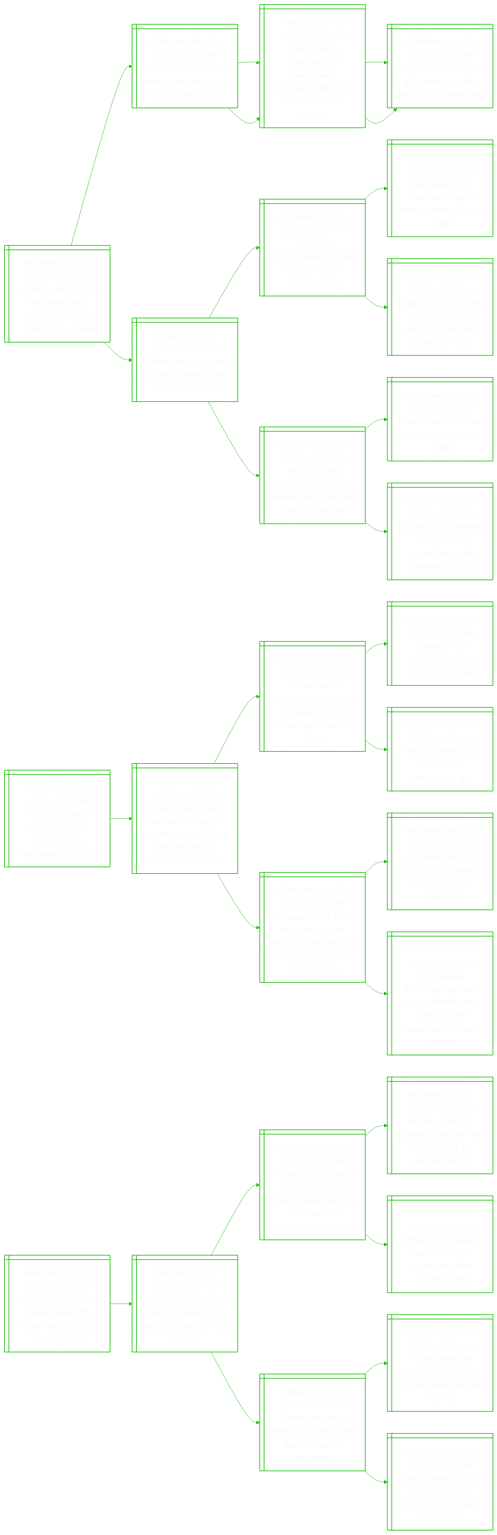
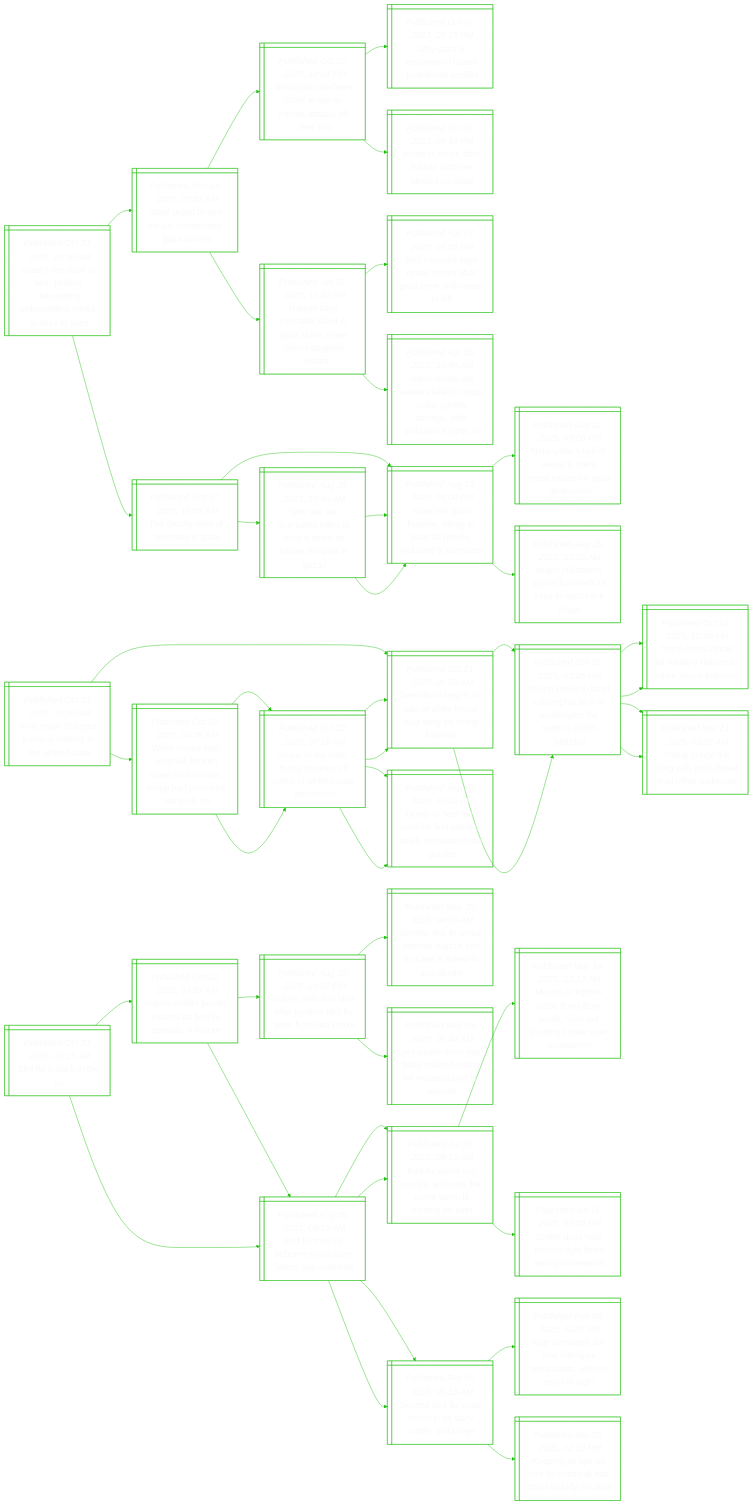
One commit to notJmes/notJmes changed the diagram in README.md. Above: the diagram before and after it, drawn with Mermaid. The commit also changed other lines of this file, not shown here.

````diff
--- a/README.md
+++ b/README.md
@@ -16,94 +16,142 @@
 flowchart LR
 classDef txtsize font-size:20px;
 
-Lnnaeeroiisa@{ shape: win-pane, label: "_Published Oct 23, 2025, 07:40 AM_
-London woman who was fined after pouring coffee in drain gets a break" }
-Unfeoetrna@{ shape: win-pane, label: "_Published Mar 02, 2025, 04:53 PM_
-Uk pie ‘n’ mash fans seek protected status for cockney classic" }
-PstlnragoCries@{ shape: win-pane, label: "_Published Apr 09, 2023, 05:00 AM_
-‘parmesan’ is translation of ‘parmigiano reggiano’, high court rules in cheese dispute" }
-FoaapcaUrtd@{ shape: win-pane, label: "_Published Jan 21, 2023, 03:56 PM_
-Fight over parmesan and prosecco stalls eu-australia trade deal" }
-PstlnragoCries@{ shape: win-pane, label: "_Published Apr 09, 2023, 05:00 AM_
-‘parmesan’ is translation of ‘parmigiano reggiano’, high court rules in cheese dispute" }
-FoaapcaUrtd@{ shape: win-pane, label: "_Published Jan 21, 2023, 03:56 PM_
-Fight over parmesan and prosecco stalls eu-australia trade deal" }
-Cehakuoeso@{ shape: win-pane, label: "_Published Jul 27, 2023, 03:22 PM_
-Coffee and chocolate makers question eu deforestation law" }
-Eluegtbioa@{ shape: win-pane, label: "_Published Dec 06, 2022, 10:00 PM_
-Eu seals ‘groundbreaking’ deal to curb role in deforestation" }
-DeiBlmraor@{ shape: win-pane, label: "_Published Dec 01, 2022, 04:04 AM_
-Deforestation of brazilian amazon retreats from 15-year high" }
-BlatSroaarrtu@{ shape: win-pane, label: "_Published Nov 30, 2022, 03:47 AM_
-Brazil's lula courts uk, us, others to join amazon rainforest protection fund" }
-BotpsEoalakca@{ shape: win-pane, label: "_Published Jun 30, 2023, 05:00 PM_
-Big chocolate companies back eu deforestation law that risks pricier bars" }
-Hwtprtnce@{ shape: win-pane, label: "_Published May 17, 2023, 04:00 PM_
-How eu wants to stop deforestation in your coffee" }
-Iecsraiimdeiw@{ shape: win-pane, label: "_Published Jun 09, 2023, 03:17 PM_
-Indonesia accuses eu of ‘regulatory imperialism’ with deforestation law" }
+Ilctrteiddecta@{ shape: win-pane, label: "_Published Oct 23, 2025, 10:50 AM_
+Israel’s top court to hear petition demanding independent media access to gaza" }
+Ildviecac@{ shape: win-pane, label: "_Published May 04, 2025, 07:22 AM_
+Israel urged to give media ‘unrestricted’ gaza access" }
+NyeeawHakl@{ shape: win-pane, label: "_Published Oct 07, 2023, 12:04 PM_
+Netanyahu declares israel at war as hamas attacks kill over 100" }
+WzptIleint@{ shape: win-pane, label: "_Published Oct 07, 2023, 05:15 PM_
+Why gaza is epicentre of israeli-palestinian conflict" }
+Wiceapaks@{ shape: win-pane, label: "_Published Oct 07, 2023, 06:44 PM_
+World in shock after hamas surprise attacks on israel" }
+Hsoliiakaaaei@{ shape: win-pane, label: "_Published Apr 07, 2025, 11:20 PM_
+Hamas says journalist killed in gaza strike, israel claims targeted militant" }
+RetIlooawntl@{ shape: win-pane, label: "_Published Apr 07, 2025, 09:25 PM_
+Red crescent says israeli troops shot gaza crew ‘with intent to kill’" }
+Vsarkdzefaeaaio@{ shape: win-pane, label: "_Published Apr 05, 2025, 10:48 AM_
+Video shows aid workers killed in gaza under gunfire barrage, with ambulance lights on" }
+Taifria@{ shape: win-pane, label: "_Published Aug 27, 2025, 10:05 AM_
+The deadly risks of reporting in gaza" }
+IlGoalttllgnt@{ shape: win-pane, label: "_Published Aug 25, 2025, 05:00 PM_
+Israel hits gaza hospital, killing at least 20 people, including 5 journalists" }
+NytferqdGec@{ shape: win-pane, label: "_Published Aug 22, 2025, 05:00 PM_
+Netanyahu’s talk of peace is mere masquerade for gaza destruction" }
+IllronseWal@{ shape: win-pane, label: "_Published Aug 25, 2025, 12:35 AM_
+Israeli bulldozers uproot hundreds of trees in west bank village" }
+Weolkdrsesoaa@{ shape: win-pane, label: "_Published Aug 26, 2025, 10:45 AM_
+Who are the journalists killed in israel’s strike on nasser hospital in gaza?" }
+IlGoalttllgnt@{ shape: win-pane, label: "_Published Aug 25, 2025, 05:00 PM_
+Israel hits gaza hospital, killing at least 20 people, including 5 journalists" }
+IlGoalttllgnt@{ shape: win-pane, label: "_Published Aug 25, 2025, 05:00 PM_
+Israel hits gaza hospital, killing at least 20 people, including 5 journalists" }
 
-Lnnaeeroiisa:::txtsize --> Unfeoetrna:::txtsize
-Unfeoetrna:::txtsize --> PstlnragoCries:::txtsize
-PstlnragoCries:::txtsize --> FoaapcaUrtd:::txtsize
-Unfeoetrna:::txtsize --> PstlnragoCries:::txtsize
-PstlnragoCries:::txtsize --> FoaapcaUrtd:::txtsize
-Lnnaeeroiisa:::txtsize --> Cehakuoeso:::txtsize
-Cehakuoeso:::txtsize --> Eluegtbioa:::txtsize
-Eluegtbioa:::txtsize --> DeiBlmraor:::txtsize
-Eluegtbioa:::txtsize --> BlatSroaarrtu:::txtsize
-Cehakuoeso:::txtsize --> BotpsEoalakca:::txtsize
-BotpsEoalakca:::txtsize --> Hwtprtnce:::txtsize
-BotpsEoalakca:::txtsize --> Iecsraiimdeiw:::txtsize
+Ilctrteiddecta:::txtsize --> Ildviecac:::txtsize
+Ildviecac:::txtsize --> NyeeawHakl:::txtsize
+NyeeawHakl:::txtsize --> WzptIleint:::txtsize
+NyeeawHakl:::txtsize --> Wiceapaks:::txtsize
+Ildviecac:::txtsize --> Hsoliiakaaaei:::txtsize
+Hsoliiakaaaei:::txtsize --> RetIlooawntl:::txtsize
+Hsoliiakaaaei:::txtsize --> Vsarkdzefaeaaio:::txtsize
+Ilctrteiddecta:::txtsize --> Taifria:::txtsize
+Taifria:::txtsize --> IlGoalttllgnt:::txtsize
+IlGoalttllgnt:::txtsize --> NytferqdGec:::txtsize
+IlGoalttllgnt:::txtsize --> IllronseWal:::txtsize
+Taifria:::txtsize --> Weolkdrsesoaa:::txtsize
+Weolkdrsesoaa:::txtsize --> IlGoalttllgnt:::txtsize
+Weolkdrsesoaa:::txtsize --> IlGoalttllgnt:::txtsize
 
-Raeanlppbisl@{ shape: win-pane, label: "_Published Oct 23, 2025, 07:37 AM_
-Russia pushes a state-controlled ‘super app’ by sabotaging its rivals" }
-RartkXWAvbilnett@{ shape: win-pane, label: "_Published Aug 21, 2025, 04:51 PM_
-Russia orders state-backed max app, a ‘whatsapp rival’, to be pre-installed on phones and tablets" }
-RattimleaWAtx@{ shape: win-pane, label: "_Published Aug 13, 2025, 09:38 PM_
-Russia starts restricting some calls on telegram and whatsapp, interfax says" }
-Tiwitnifd@{ shape: win-pane, label: "_Published Feb 25, 2022, 08:15 AM_
-Timeline: how russia's attack on ukraine unfolded" }
-Racbsraa@{ shape: win-pane, label: "_Published Dec 14, 2024, 01:58 AM_
-Russian watchdog blocks viber messaging app" }
-RareearsregncnSr@{ shape: win-pane, label: "_Published Apr 08, 2025, 07:58 AM_
-Russian court fines telegram app for refusal to remove anti-government content, tass reports" }
-AaignitTrwao@{ shape: win-pane, label: "_Published Feb 03, 2025, 06:30 AM_
-Australia hits right-wing online network terrorgram with sanctions" }
-Gesrnlisastefein@{ shape: win-pane, label: "_Published Mar 06, 2025, 08:05 AM_
-Google tells australian regulator its ai software was used to make deepfake terrorism content" }
+Fahspkoho@{ shape: win-pane, label: "_Published Oct 23, 2025, 09:20 AM_
+Five major changes trump is making to the white house" }
+DibsrhoanTbo@{ shape: win-pane, label: "_Published Oct 21, 2025, 06:35 AM_
+Demolition begins on part of white house east wing for trump ballroom" }
+Tstliahstrobd@{ shape: win-pane, label: "_Published Oct 18, 2025, 03:45 PM_
+Trump seeks to build a triumphal arch in washington for nation’s 250th birthday" }
+Thdreyrhoao@{ shape: win-pane, label: "_Published Oct 16, 2025, 12:50 PM_
+Trump hosts dinner for wealthy donors to white house ballroom" }
+Tbsliltaikr@{ shape: win-pane, label: "_Published Mar 21, 2025, 02:32 AM_
+Trump brings the bling with gold-plated oval office makeover" }
+Tstliahstrobd@{ shape: win-pane, label: "_Published Oct 18, 2025, 03:45 PM_
+Trump seeks to build a triumphal arch in washington for nation’s 250th birthday" }
+Thdreyrhoao@{ shape: win-pane, label: "_Published Oct 16, 2025, 12:50 PM_
+Trump hosts dinner for wealthy donors to white house ballroom" }
+Tbsliltaikr@{ shape: win-pane, label: "_Published Mar 21, 2025, 02:32 AM_
+Trump brings the bling with gold-plated oval office makeover" }
+WHEilowboudioo@{ shape: win-pane, label: "_Published Oct 23, 2025, 04:39 AM_
+White house east wing will be torn down for ballroom, trump had promised not to do so" }
+Mtauuoiotsoo@{ shape: win-pane, label: "_Published Oct 22, 2025, 07:16 AM_
+‘music to my ears’: trump brushes off critics of white house demolition" }
+DibsrhoanTbo@{ shape: win-pane, label: "_Published Oct 21, 2025, 06:35 AM_
+Demolition begins on part of white house east wing for trump ballroom" }
+TttCosneetsd@{ shape: win-pane, label: "_Published Sep 04, 2025, 10:43 AM_
+Trump to host tech ceos for first event in newly renovated rose garden" }
+Mtauuoiotsoo@{ shape: win-pane, label: "_Published Oct 22, 2025, 07:16 AM_
+‘music to my ears’: trump brushes off critics of white house demolition" }
+DibsrhoanTbo@{ shape: win-pane, label: "_Published Oct 21, 2025, 06:35 AM_
+Demolition begins on part of white house east wing for trump ballroom" }
+TttCosneetsd@{ shape: win-pane, label: "_Published Sep 04, 2025, 10:43 AM_
+Trump to host tech ceos for first event in newly renovated rose garden" }
 
-Raeanlppbisl:::txtsize --> RartkXWAvbilnett:::txtsize
-RartkXWAvbilnett:::txtsize --> RattimleaWAtx:::txtsize
-RattimleaWAtx:::txtsize --> Tiwitnifd:::txtsize
-RattimleaWAtx:::txtsize --> Racbsraa:::txtsize
-RartkXWAvbilnett:::txtsize --> RareearsregncnSr:::txtsize
-RareearsregncnSr:::txtsize --> AaignitTrwao:::txtsize
-RareearsregncnSr:::txtsize --> Gesrnlisastefein:::txtsize
+Fahspkoho:::txtsize --> DibsrhoanTbo:::txtsize
+DibsrhoanTbo:::txtsize --> Tstliahstrobd:::txtsize
+Tstliahstrobd:::txtsize --> Thdreyrhoao:::txtsize
+Tstliahstrobd:::txtsize --> Tbsliltaikr:::txtsize
+DibsrhoanTbo:::txtsize --> Tstliahstrobd:::txtsize
+Tstliahstrobd:::txtsize --> Thdreyrhoao:::txtsize
+Tstliahstrobd:::txtsize --> Tbsliltaikr:::txtsize
+Fahspkoho:::txtsize --> WHEilowboudioo:::txtsize
+WHEilowboudioo:::txtsize --> Mtauuoiotsoo:::txtsize
+Mtauuoiotsoo:::txtsize --> DibsrhoanTbo:::txtsize
+Mtauuoiotsoo:::txtsize --> TttCosneetsd:::txtsize
+WHEilowboudioo:::txtsize --> Mtauuoiotsoo:::txtsize
+Mtauuoiotsoo:::txtsize --> DibsrhoanTbo:::txtsize
+Mtauuoiotsoo:::txtsize --> TttCosneetsd:::txtsize
 
-Urogmdiiuhnio@{ shape: win-pane, label: "_Published Oct 23, 2025, 07:25 AM_
-University of virginia makes deal with white house to halt investigations" }
-Hrdnlnyinnar@{ shape: win-pane, label: "_Published Oct 17, 2025, 03:05 AM_
-Harvard’s endowment swells to nearly $74 billion; donations hit a record" }
-TaiteHruertdaeseo@{ shape: win-pane, label: "_Published Aug 01, 2025, 04:14 AM_
-Trump administration refers harvard to justice department to address anti-semitism allegations" }
-BUrmawhtseei@{ shape: win-pane, label: "_Published Jul 31, 2025, 08:05 AM_
-Brown university makes a deal with the white house to restore funding" }
-WHsfftnssrme@{ shape: win-pane, label: "_Published Jul 26, 2025, 07:39 AM_
-White house seeks fines from other universities after columbia deal" }
-BUrrtiuasaat@{ shape: win-pane, label: "_Published Oct 16, 2025, 07:00 AM_
-Brown university rejects a white house deal for special treatment" }
-TosoeftugrtM@{ shape: win-pane, label: "_Published Oct 14, 2025, 08:00 AM_
-Trump offers all colleges preferential funding plan rejected by mit" }
-BbetnssugtsT@{ shape: win-pane, label: "_Published Aug 05, 2025, 08:59 AM_
-Badly bruised elite us universities are rushing to cut deals with trump" }
+Blat@{ shape: win-pane, label: "_Published Oct 23, 2025, 09:15 AM_
+Bird flu is back in the us" }
+Ferlnsrsdu@{ shape: win-pane, label: "_Published Oct 22, 2025, 03:31 AM_
+France orders poultry indoors as bird flu spreads in europe" }
+Isihtsefsoss@{ shape: win-pane, label: "_Published Aug 30, 2025, 04:07 PM_
+India’s delhi zoo shut after positive bird flu tests from two storks" }
+Gitvhrircseot@{ shape: win-pane, label: "_Published May 20, 2025, 04:09 AM_
+Genetic test to reveal whether brazil’s bird flu case is linked to zoo deaths" }
+Ucoalugoafc@{ shape: win-pane, label: "_Published May 29, 2025, 06:44 AM_
+Us cancels more than $900 million funding for moderna bird flu vaccine" }
+Blbboaaaet@{ shape: win-pane, label: "_Published Aug 05, 2025, 09:25 AM_
+Bird flu may be airborne on us dairy farms, say scientists" }
+Bleprnewiir@{ shape: win-pane, label: "_Published Jul 30, 2025, 08:10 AM_
+Bird flu wiped out poultry, and now the screw worm is coming for beef" }
+SdfronitSy@{ shape: win-pane, label: "_Published Feb 06, 2025, 05:33 AM_
+Second bird flu strain found in us dairy cattle, usda says" }
+Blbboaaaet@{ shape: win-pane, label: "_Published Aug 05, 2025, 09:25 AM_
+Bird flu may be airborne on us dairy farms, say scientists" }
+Bleprnewiir@{ shape: win-pane, label: "_Published Jul 30, 2025, 08:10 AM_
+Bird flu wiped out poultry, and now the screw worm is coming for beef" }
+Mogcessrougerw@{ shape: win-pane, label: "_Published May 14, 2025, 12:12 AM_
+Mexico to tighten cattle flows from south, rules out shutting border over screwworm" }
+SesMothnem@{ shape: win-pane, label: "_Published Jul 11, 2025, 09:53 PM_
+Sniffer dogs help mexico fight flesh-eating screwworm" }
+SdfronitSy@{ shape: win-pane, label: "_Published Feb 06, 2025, 05:33 AM_
+Second bird flu strain found in us dairy cattle, usda says" }
+EoentUtnteih@{ shape: win-pane, label: "_Published Feb 04, 2025, 11:37 PM_
+Egg shortages are now hitting us restaurants, with no relief in sight" }
+Knyiurhuiea@{ shape: win-pane, label: "_Published Jan 28, 2025, 12:10 PM_
+Keeping an eye on bird flu outbreak that could quickly escalate" }
 
-Urogmdiiuhnio:::txtsize --> Hrdnlnyinnar:::txtsize
-Hrdnlnyinnar:::txtsize --> TaiteHruertdaeseo:::txtsize
-TaiteHruertdaeseo:::txtsize --> BUrmawhtseei:::txtsize
-TaiteHruertdaeseo:::txtsize --> WHsfftnssrme:::txtsize
-Hrdnlnyinnar:::txtsize --> BUrrtiuasaat:::txtsize
-BUrrtiuasaat:::txtsize --> TosoeftugrtM:::txtsize
-BUrrtiuasaat:::txtsize --> BbetnssugtsT:::txtsize
+Blat:::txtsize --> Ferlnsrsdu:::txtsize
+Ferlnsrsdu:::txtsize --> Isihtsefsoss:::txtsize
+Isihtsefsoss:::txtsize --> Gitvhrircseot:::txtsize
+Isihtsefsoss:::txtsize --> Ucoalugoafc:::txtsize
+Ferlnsrsdu:::txtsize --> Blbboaaaet:::txtsize
+Blbboaaaet:::txtsize --> Bleprnewiir:::txtsize
+Blbboaaaet:::txtsize --> SdfronitSy:::txtsize
+Blat:::txtsize --> Blbboaaaet:::txtsize
+Blbboaaaet:::txtsize --> Bleprnewiir:::txtsize
+Bleprnewiir:::txtsize --> Mogcessrougerw:::txtsize
+Bleprnewiir:::txtsize --> SesMothnem:::txtsize
+Blbboaaaet:::txtsize --> SdfronitSy:::txtsize
+SdfronitSy:::txtsize --> EoentUtnteih:::txtsize
+SdfronitSy:::txtsize --> Knyiurhuiea:::txtsize
 
 ```
````
